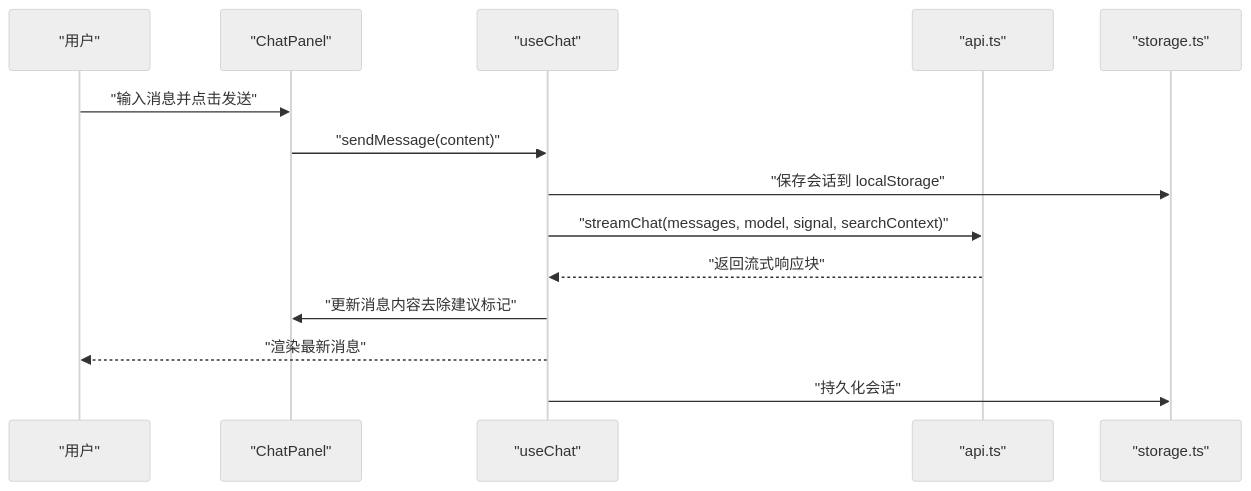
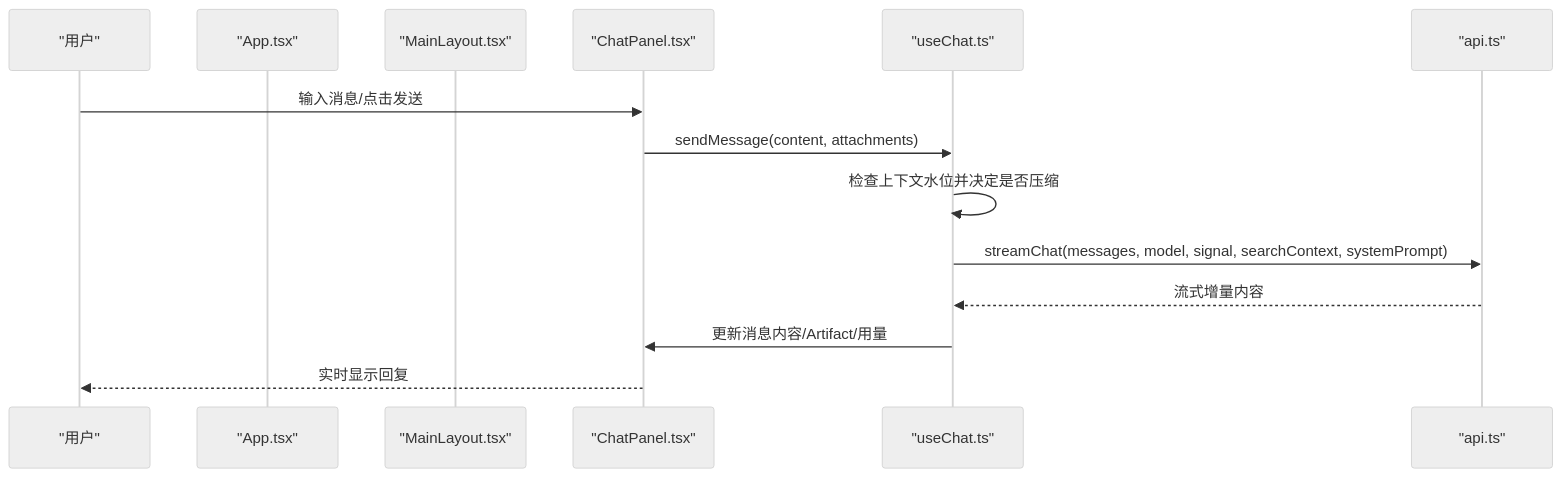
The third of 7 diagrams in .qoder/repowiki/zh/content/架构设计/架构设计.md (billye220670/AIShop), drawn with Mermaid (neutral theme) before and after one commit. The commit also changed other lines of this file and 135 other files, not shown here.

````diff
--- a/.qoder/repowiki/zh/content/架构设计/架构设计.md
+++ b/.qoder/repowiki/zh/content/架构设计/架构设计.md
@@ -164,16 +168,16 @@
 ```mermaid
 sequenceDiagram
 participant U as "用户"
-participant CP as "ChatPanel"
-participant HC as "useChat"
-participant API as "api.ts"
-participant LS as "storage.ts"
-U->>CP : "输入消息并点击发送"
-CP->>HC : "sendMessage(content)"
-HC->>LS : "保存会话到 localStorage"
-HC->>API : "streamChat(messages, model, signal, searchContext)"
-API-->>HC : "返回流式响应块"
-HC->>CP : "更新消息内容去除建议标记"
-HC-->>U : "渲染最新消息"
-HC->>LS : "持久化会话"
+participant A as "App.tsx"
+participant L as "MainLayout.tsx"
+participant P as "ChatPanel.tsx"
+participant H as "useChat.ts"
+participant S as "api.ts"
+U->>P : 输入消息/点击发送
+P->>H : sendMessage(content, attachments)
+H->>H : 检查上下文水位并决定是否压缩
+H->>S : streamChat(messages, model, signal, searchContext, systemPrompt)
+S-->>H : 流式增量内容
+H->>P : 更新消息内容/Artifact/用量
+P-->>U : 实时显示回复
 ```
````
